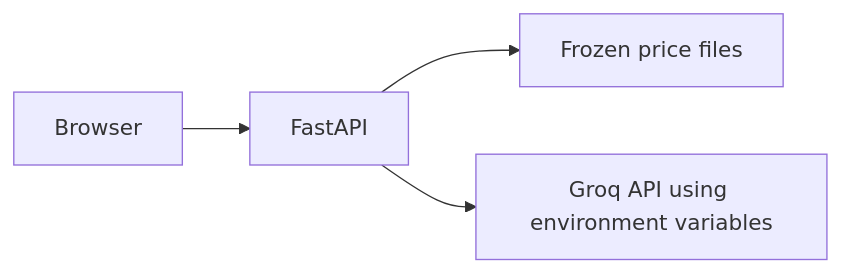
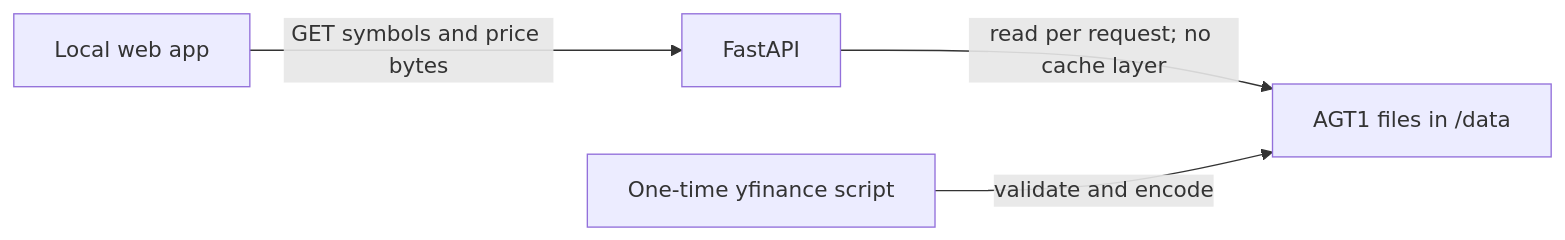
Before and after one commit to YashOnGit7/AlgoTrace: the diagram in api/README.md, drawn with Mermaid. The commit also changed other lines of this file and 35 other files, not shown here.

Commit message:
Phase 4: NSE data and FastAPI, junk-bar cleanup

````diff
--- a/api/README.md
+++ b/api/README.md
@@ -6,6 +6,6 @@
 ```mermaid
 flowchart LR
-  Browser[Browser] --> API[FastAPI]
-  API --> Files[Frozen price files]
-  API --> Groq[Groq API using environment variables]
+  Browser[Local web app] -->|GET symbols and price bytes| API[FastAPI]
+  API -->|read per request; no cache layer| Files[AGT1 files in /data]
+  Downloader[One-time yfinance script] -->|validate and encode| Files
 ```
````
